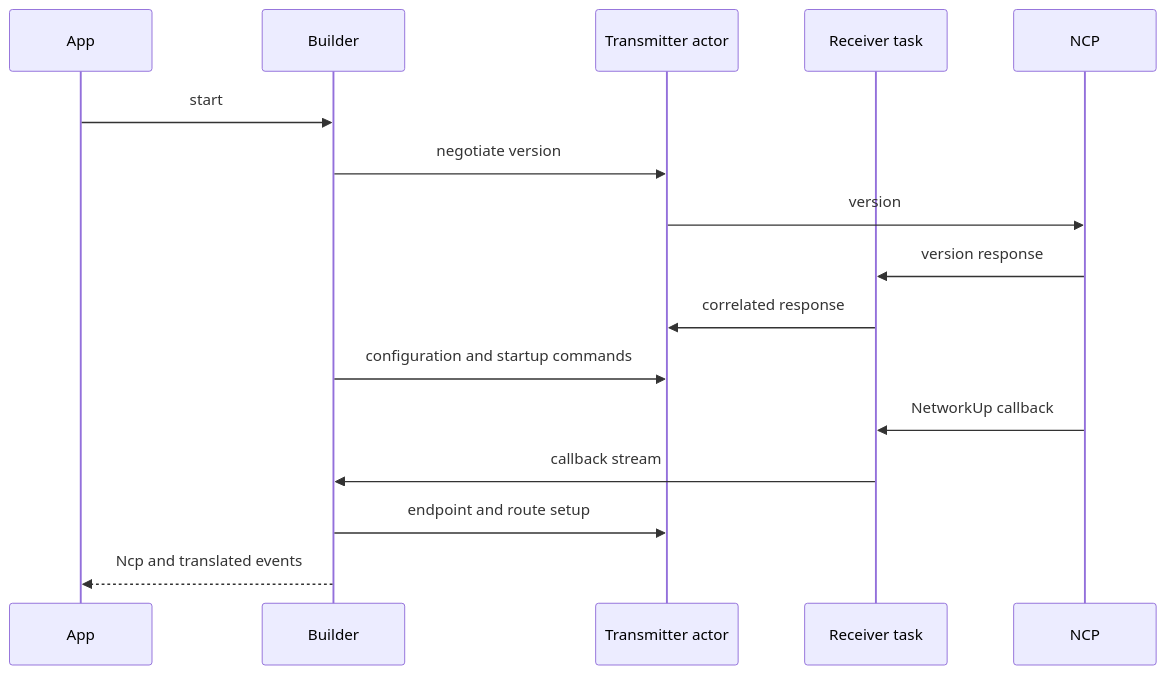
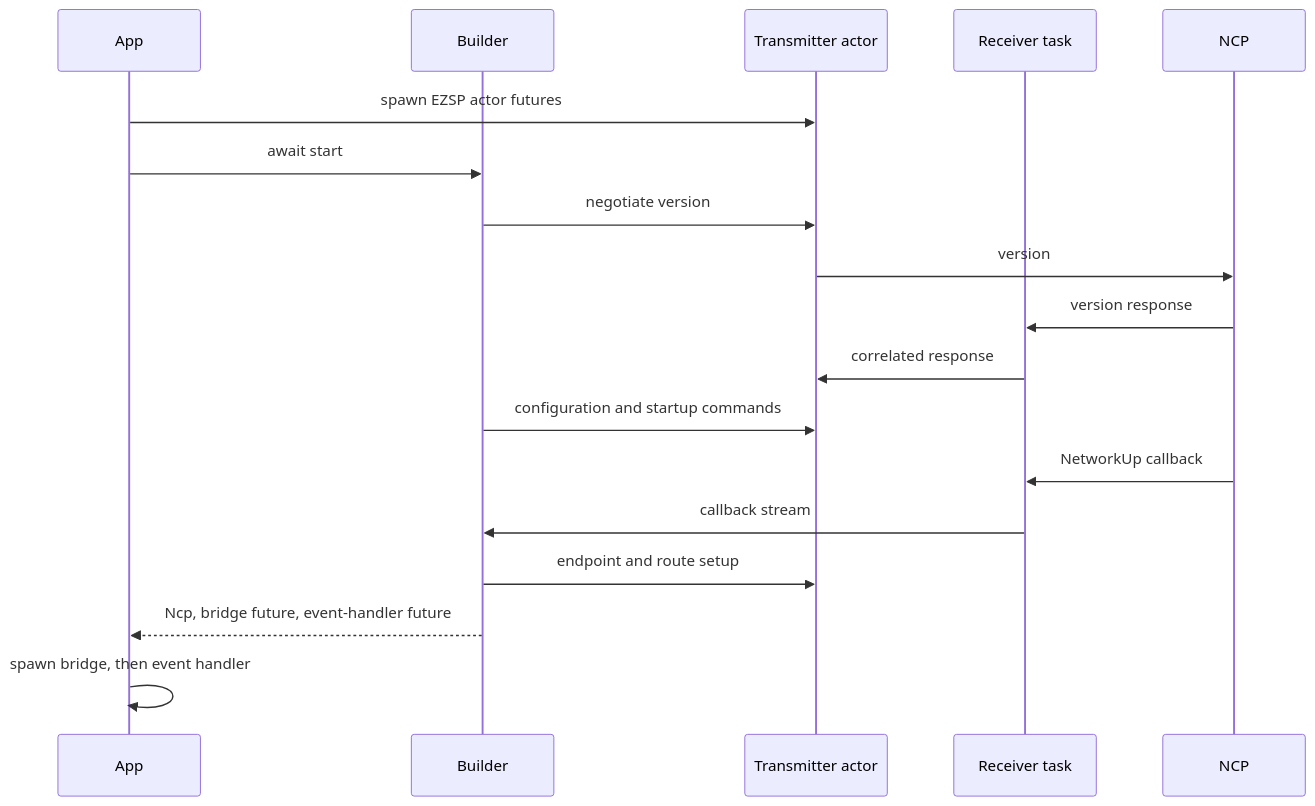
One commit to PaulmannLighting/ezsp changed the third of 7 diagrams in ARCHITECTURE.md. Above: the diagram before and after it, drawn with Mermaid. The commit also changed other lines of this file and 21 other files, not shown here.

````diff
--- a/ARCHITECTURE.md
+++ b/ARCHITECTURE.md
@@ -178,18 +186,20 @@
 ```mermaid
 sequenceDiagram
     participant App
     participant Builder
     participant Tx as Transmitter actor
     participant Rx as Receiver task
     participant NCP
-    App->>Builder: start
+    App->>Tx: spawn EZSP actor futures
+    App->>Builder: await start
     Builder->>Tx: negotiate version
     Tx->>NCP: version
     NCP->>Rx: version response
     Rx->>Tx: correlated response
     Builder->>Tx: configuration and startup commands
     NCP->>Rx: NetworkUp callback
     Rx->>Builder: callback stream
     Builder->>Tx: endpoint and route setup
-    Builder-->>App: Ncp and translated events
+    Builder-->>App: Ncp, bridge future, event-handler future
+    App->>App: spawn bridge, then event handler
 ```
````
